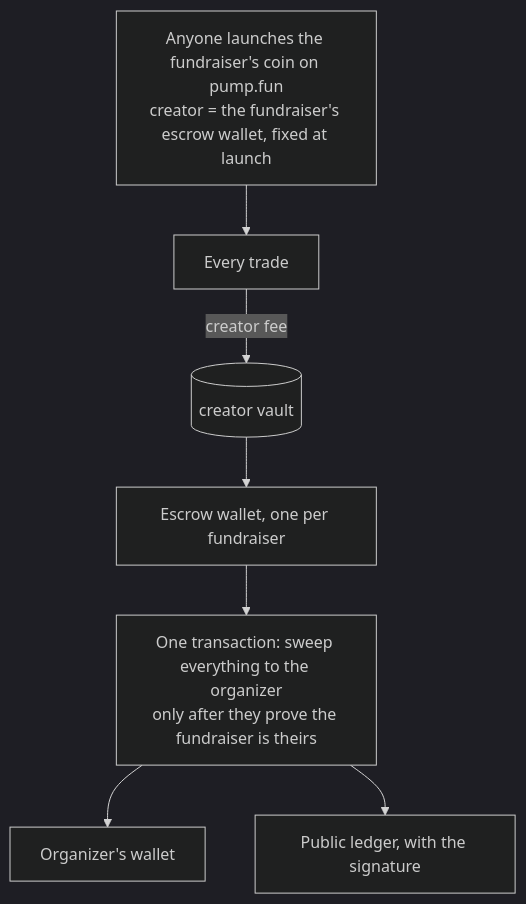
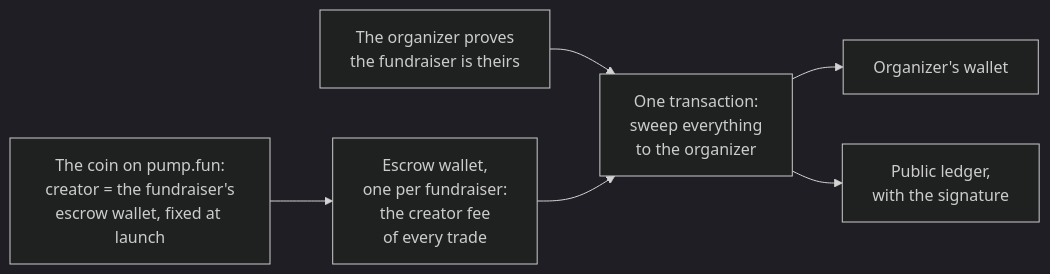
One commit to Bruhmare/ape-for-good changed the diagram in README.md. Above: the diagram before and after it, drawn with Mermaid (dark theme).

Commit message:
README: a flow chart that fits the page

````diff
--- a/README.md
+++ b/README.md
@@ -23,9 +23,8 @@
 ```mermaid
-flowchart TB
-  L["Anyone launches the fundraiser's coin on pump.fun<br/>creator = the fundraiser's escrow wallet, fixed at launch"] --> T
-  T["Every trade"] -->|"creator fee"| V[("creator vault")]
-  V --> E["Escrow wallet, one per fundraiser"]
-  E --> S["One transaction: sweep everything to the organizer<br/>only after they prove the fundraiser is theirs"]
+flowchart LR
+  P["The coin on pump.fun:<br/>creator = the fundraiser's<br/>escrow wallet, fixed at launch"] --> E["Escrow wallet,<br/>one per fundraiser:<br/>the creator fee<br/>of every trade"]
+  O["The organizer proves<br/>the fundraiser is theirs"] --> S["One transaction:<br/>sweep everything<br/>to the organizer"]
+  E --> S
   S --> W["Organizer's wallet"]
-  S --> G["Public ledger, with the signature"]
+  S --> G["Public ledger,<br/>with the signature"]
 ```
````
